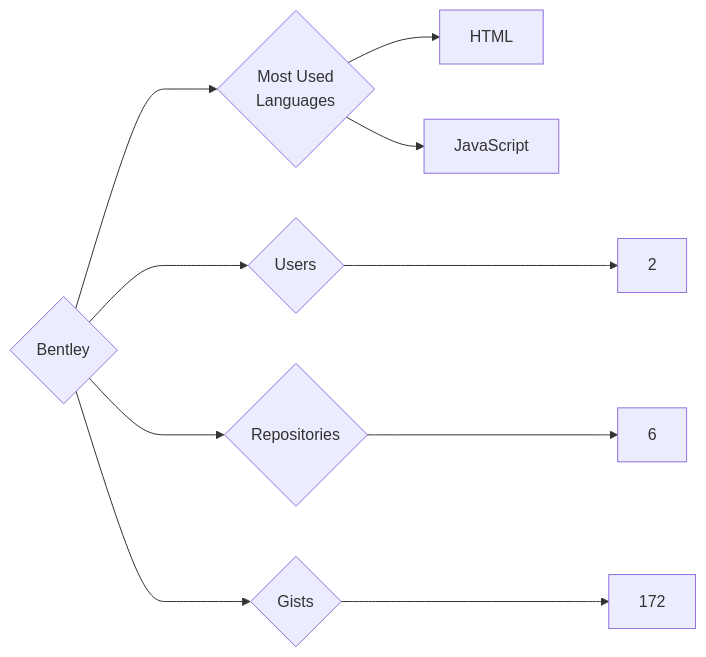
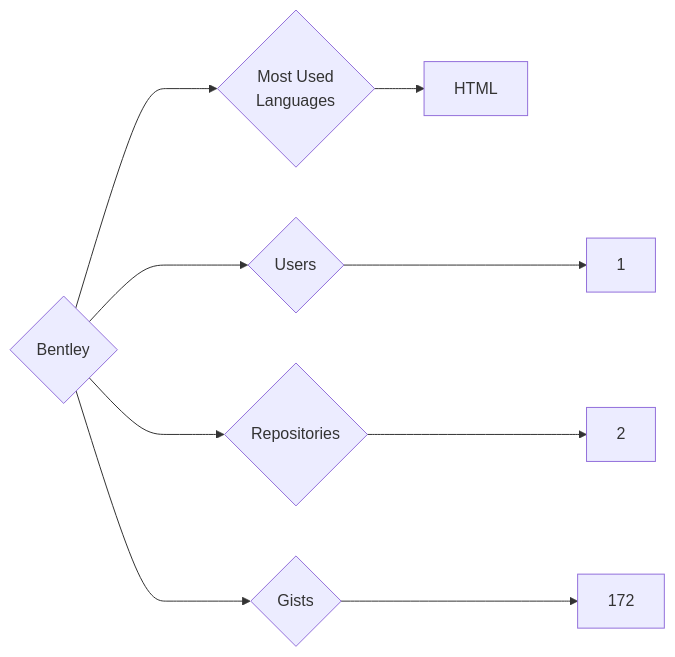
Before and after one commit to trickest/insiders: the diagram in targets/Bentley/README.md, drawn with Mermaid. The commit also changed 545 other files, not shown here.

````diff
--- a/targets/Bentley/README.md
+++ b/targets/Bentley/README.md
@@ -3,10 +3,9 @@
 ```mermaid
 graph LR
 COMPANY_NAME{Bentley}
-COMPANY_NAME ---> U{Users} ---> UN[2]
-COMPANY_NAME ---> R{Repositories} ---> RN[6]
+COMPANY_NAME ---> U{Users} ---> UN[1]
+COMPANY_NAME ---> R{Repositories} ---> RN[2]
 COMPANY_NAME ---> G{Gists} ---> GN[172]
 COMPANY_NAME ---> ML{Most Used<br>Languages}
 ML --> HTML[HTML]
-ML --> JavaScript[JavaScript]
 ```
````
